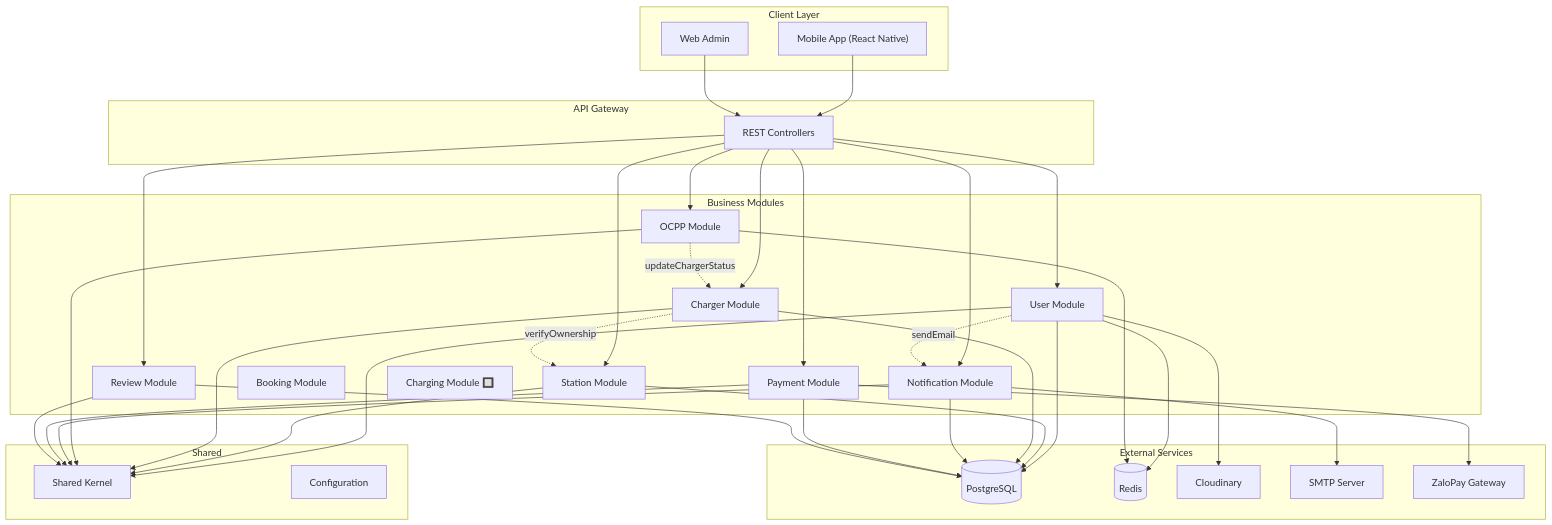
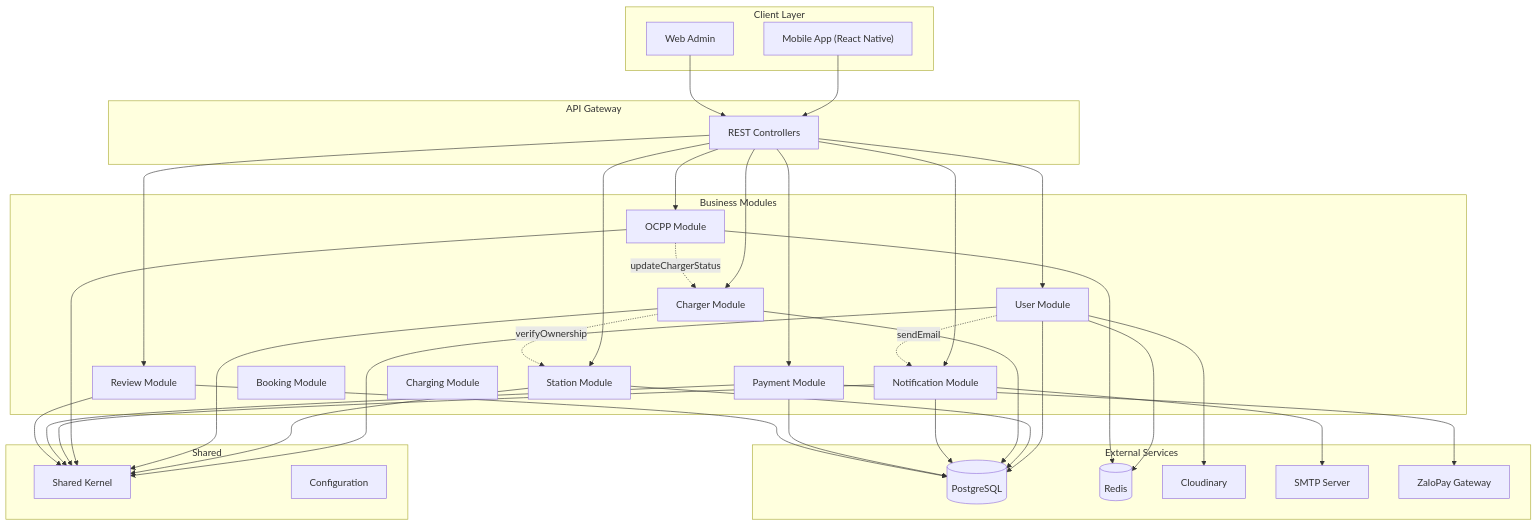
The first of 2 diagrams in evgo/docs/backend-features-overview.md (Sherllgen/DATN), drawn with Mermaid before and after one commit. The commit also changed other lines of this file and 16 other files, not shown here.

Commit message:
feat: implement charging module with start/stop functionality and invoice validation

````diff
--- a/evgo/docs/backend-features-overview.md
+++ b/evgo/docs/backend-features-overview.md
@@ -27,71 +27,71 @@
 ```mermaid
 flowchart TB
     subgraph Client["Client Layer"]
         Mobile["Mobile App (React Native)"]
         Web["Web Admin"]
     end
 
     subgraph API["API Gateway"]
         Controller["REST Controllers"]
     end
 
     subgraph Modules["Business Modules"]
         User["User Module"]
         Station["Station Module"]
         Charger["Charger Module"]
         OCPP["OCPP Module"]
         Notification["Notification Module"]
         Payment["Payment Module"]
         Booking["Booking Module"]
         Review["Review Module"]
-        Charging["Charging Module 🔲"]
+        Charging["Charging Module"]
     end
 
     subgraph Shared["Shared"]
         SK["Shared Kernel"]
         Config["Configuration"]
     end
 
     subgraph External["External Services"]
         DB[(PostgreSQL)]
         Redis[(Redis)]
         Cloudinary["Cloudinary"]
         Email["SMTP Server"]
         ZaloPay["ZaloPay Gateway"]
     end
 
     Mobile --> Controller
     Web --> Controller
     Controller --> User
     Controller --> Station
     Controller --> Charger
     Controller --> OCPP
     Controller --> Notification
     Controller --> Payment
     Controller --> Review
 
     User --> SK
     Station --> SK
     Charger --> SK
     OCPP --> SK
     Notification --> SK
     Payment --> SK
     Review --> SK
 
     User --> DB
     Station --> DB
     Charger --> DB
     Notification --> DB
     Payment --> DB
     Review --> DB
 
     User --> Redis
     OCPP --> Redis
     User --> Cloudinary
     Notification --> Email
     Payment --> ZaloPay
 
     Charger -.->|verifyOwnership| Station
     User -.->|sendEmail| Notification
     OCPP -.->|updateChargerStatus| Charger
 ```
````
